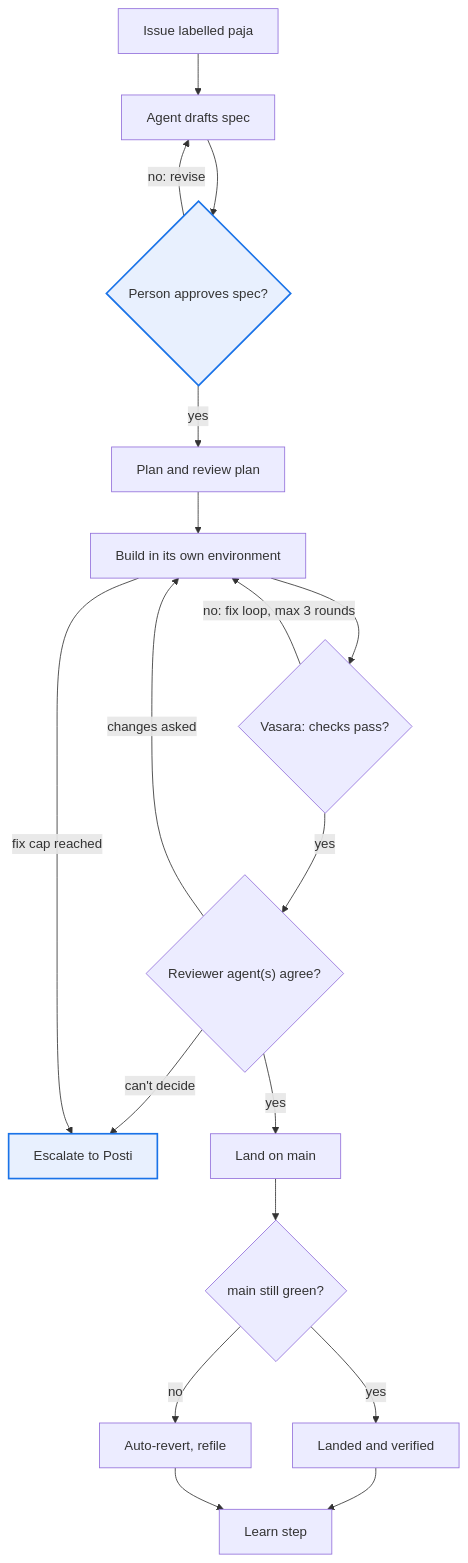
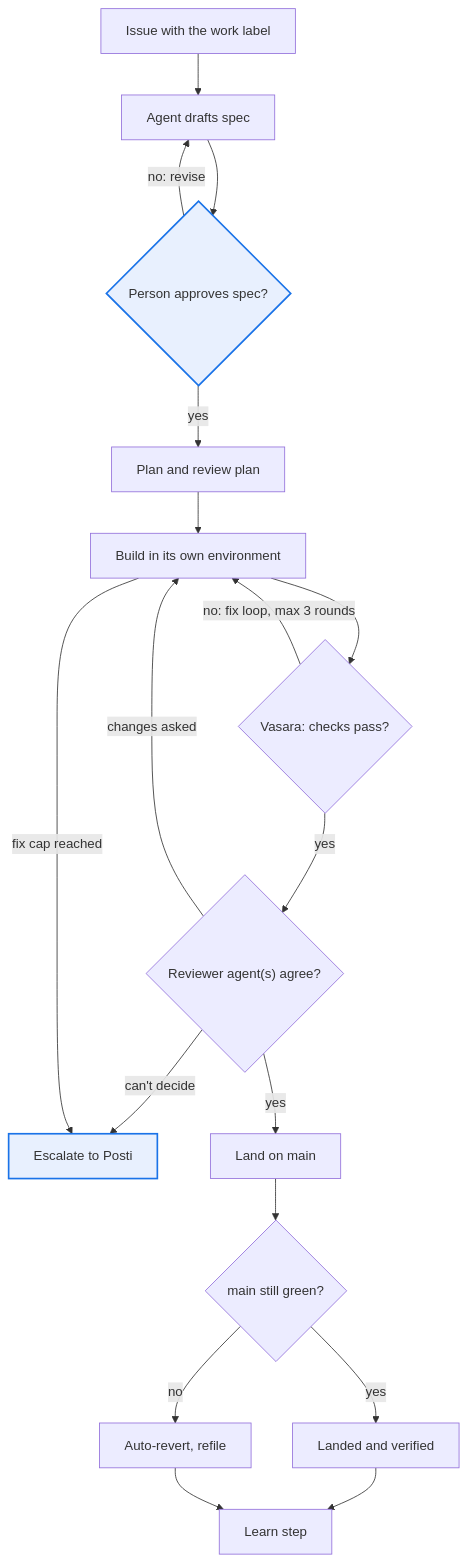
One commit to eppu-peltonen/paja changed the diagram in docs/design/workflow.md. Above: the diagram before and after it, drawn with Mermaid. The commit also changed 13 other files, not shown here.

````diff
--- a/docs/design/workflow.md
+++ b/docs/design/workflow.md
@@ -7,23 +7,23 @@
 ```mermaid
 flowchart TB
-    idea["Issue labelled paja"] --> spec["Agent drafts spec"]
+    idea["Issue with the work label"] --> spec["Agent drafts spec"]
     spec --> approve{"Person approves spec?"}
     approve -- "no: revise" --> spec
     approve -- yes --> plan["Plan and review plan"]
     plan --> build["Build in its own environment"]
     build --> checks{"Vasara: checks pass?"}
     checks -- "no: fix loop, max 3 rounds" --> build
     checks -- yes --> review{"Reviewer agent(s) agree?"}
     review -- "changes asked" --> build
     review -- "can't decide" --> posti["Escalate to Posti"]
     build -- "fix cap reached" --> posti
     review -- yes --> land["Land on main"]
     land --> green{"main still green?"}
     green -- yes --> done["Landed and verified"]
     green -- no --> revert["Auto-revert, refile"]
     done --> learn["Learn step"]
     revert --> learn
 
     classDef human fill:#e8f0fe,stroke:#1a73e8,stroke-width:2px
     class approve,posti human
 ```
````
